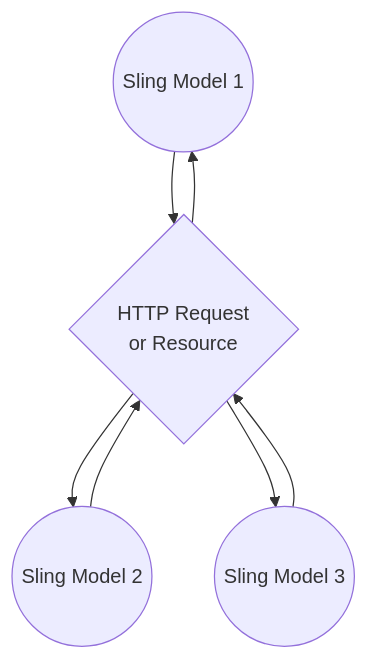
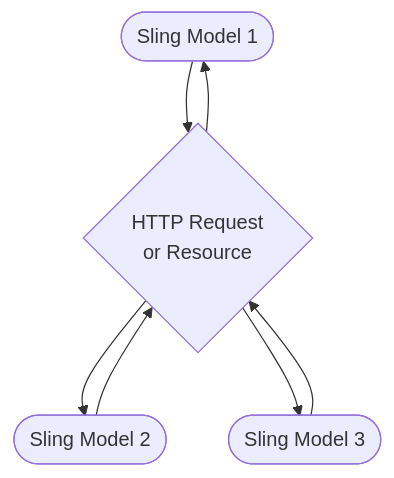
The first of 7 diagrams in lessons/2.7/part1.md (smiakchilo/aem-crash-course), drawn with Mermaid before and after one commit. The commit also changed other lines of this file and 1 other file, not shown here.

````diff
--- a/lessons/2.7/part1.md
+++ b/lessons/2.7/part1.md
@@ -29,13 +29,13 @@
 ```mermaid
 graph TD
-    B((Sling Model 1))
+    B([Sling Model 1])
     A{HTTP Request<br>or Resource}
-    C((Sling Model 2))
-    D((Sling Model 3))
+    C([Sling Model 2])
+    D([Sling Model 3])
     B-->A
     A-->B
     A-->C
     C-->A
     A-->D
     D-->A
 ```
````
